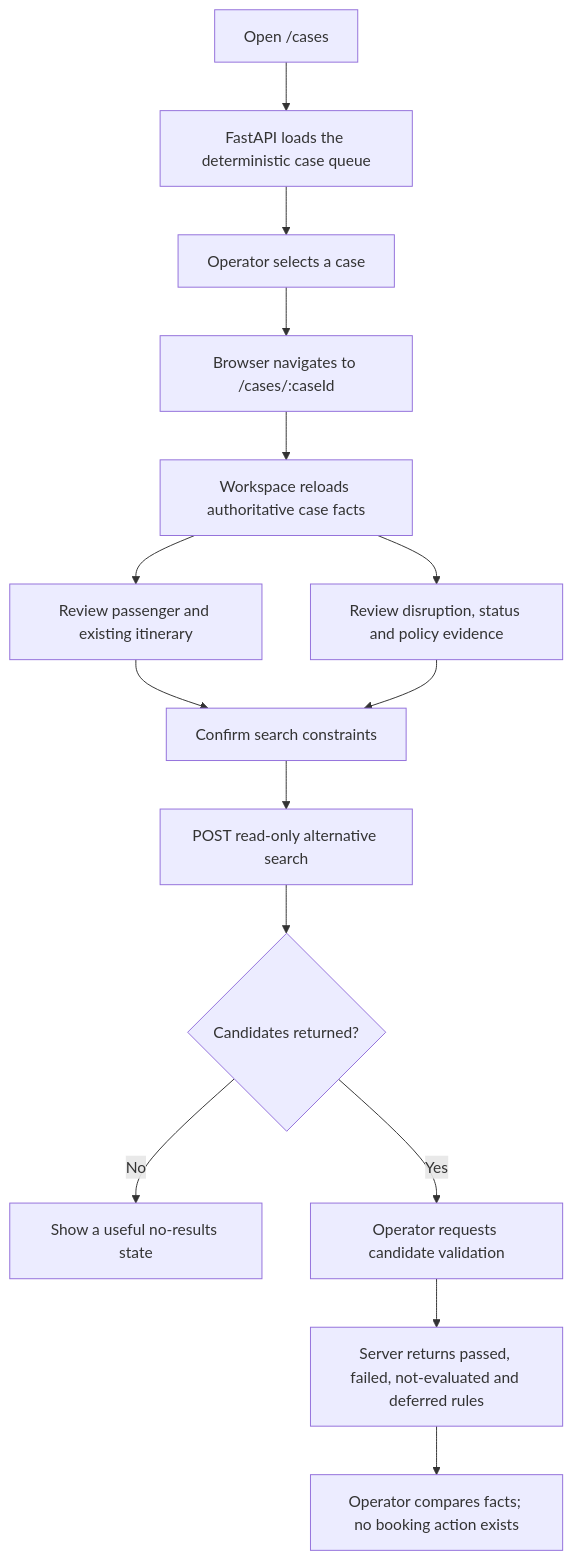
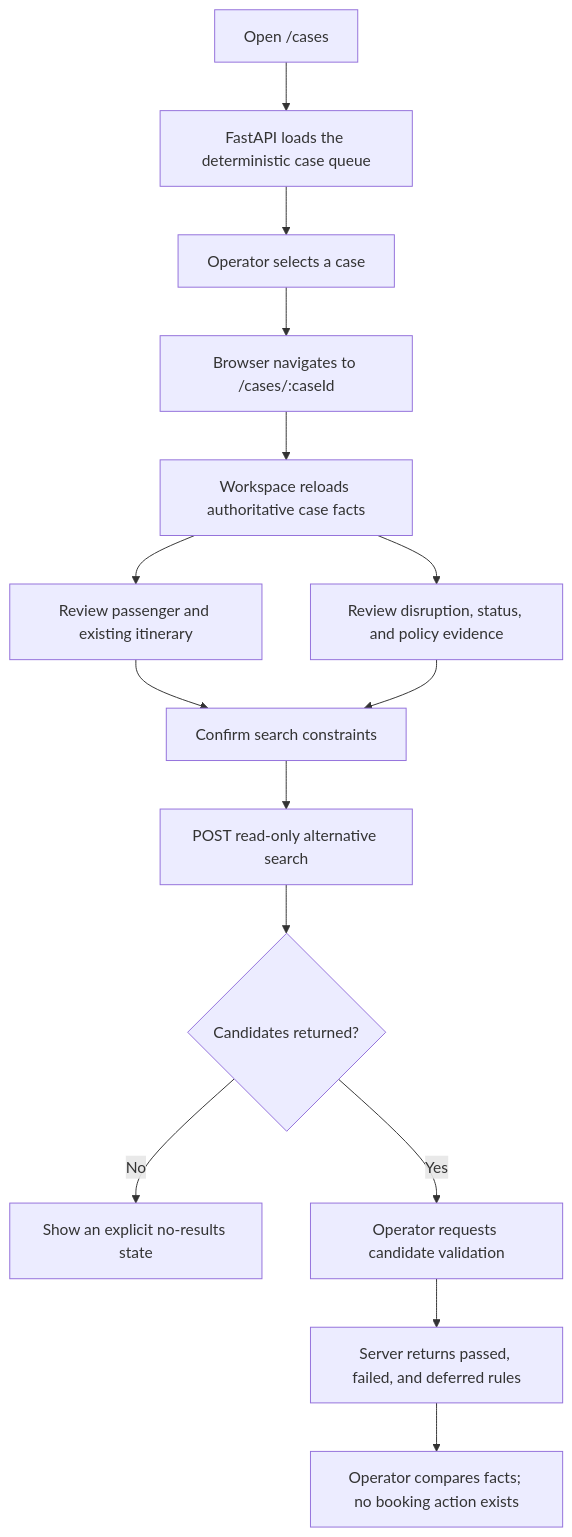
The first of 4 diagrams in docs/notes/phase-5.md (spolovynko/travelops-recovery-agent), drawn with Mermaid before and after one commit. The commit also changed other lines of this file and 25 other files, not shown here.

````diff
--- a/docs/notes/phase-5.md
+++ b/docs/notes/phase-5.md
@@ -21,17 +86,17 @@
 ```mermaid
 flowchart TD
     Q["Open /cases"] --> L["FastAPI loads the deterministic case queue"]
     L --> S["Operator selects a case"]
     S --> U["Browser navigates to /cases/:caseId"]
     U --> W["Workspace reloads authoritative case facts"]
     W --> I["Review passenger and existing itinerary"]
-    W --> E["Review disruption, status and policy evidence"]
+    W --> E["Review disruption, status, and policy evidence"]
     I --> C["Confirm search constraints"]
     E --> C
     C --> A["POST read-only alternative search"]
     A --> O{"Candidates returned?"}
-    O -- "No" --> N["Show a useful no-results state"]
+    O -- "No" --> N["Show an explicit no-results state"]
     O -- "Yes" --> V["Operator requests candidate validation"]
-    V --> R["Server returns passed, failed, not-evaluated and deferred rules"]
+    V --> R["Server returns passed, failed, and deferred rules"]
     R --> B["Operator compares facts; no booking action exists"]
 ```
````
